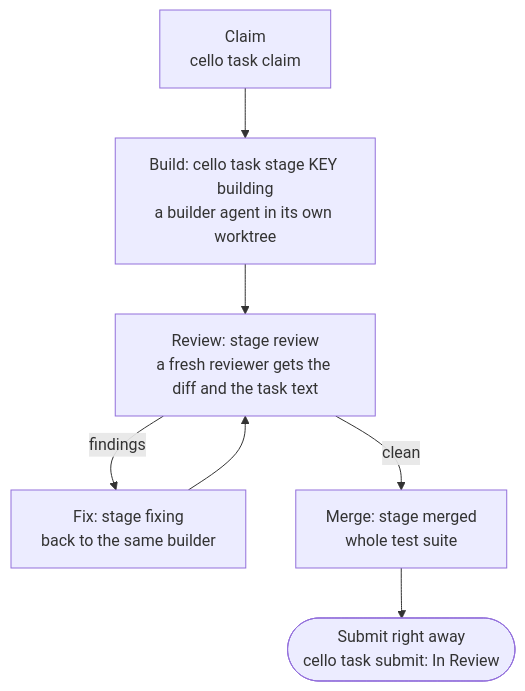
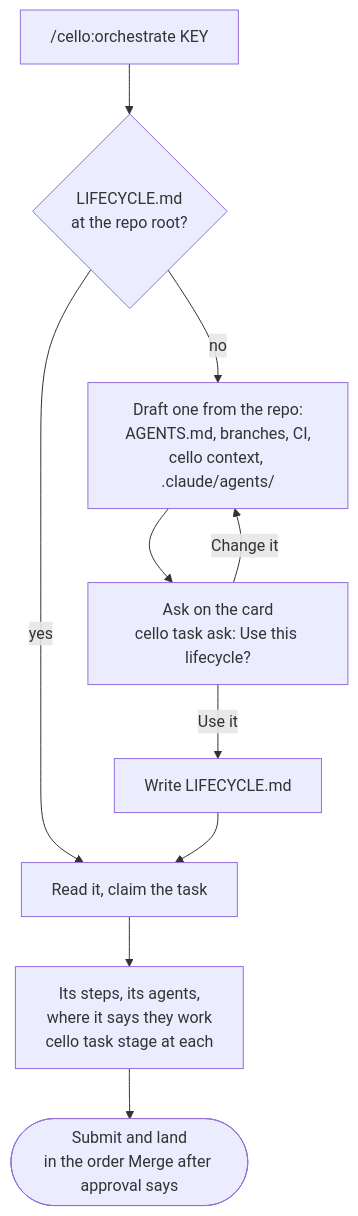
Before and after one commit to lnmunhoz/cello: the second of 2 diagrams in docs/cli.md, drawn with Mermaid. The commit also changed other lines of this file and 22 other files, not shown here.

First line of the commit message:
feat(plugin): /cello:orchestrate follows the project's LIFECYCLE.md, and drafts one with the human when it's missing (CEL-168)

````diff
--- a/docs/cli.md
+++ b/docs/cli.md
@@ -954,9 +966,12 @@
 ```mermaid
 flowchart TD
-    A["Claim<br/>cello task claim"] --> B["Build: cello task stage KEY building<br/>a builder agent in its own worktree"]
-    B --> C["Review: stage review<br/>a fresh reviewer gets the diff and the task text"]
-    C -->|findings| D["Fix: stage fixing<br/>back to the same builder"]
-    D --> C
-    C -->|clean| E["Merge: stage merged<br/>whole test suite"]
-    E --> F(["Submit right away<br/>cello task submit: In Review"])
+    A["/cello:orchestrate KEY"] --> B{"LIFECYCLE.md<br/>at the repo root?"}
+    B -->|yes| R["Read it, claim the task"]
+    B -->|no| D["Draft one from the repo:<br/>AGENTS.md, branches, CI,<br/>cello context, .claude/agents/"]
+    D --> Q["Ask on the card<br/>cello task ask: Use this lifecycle?"]
+    Q -->|Change it| D
+    Q -->|Use it| W["Write LIFECYCLE.md"]
+    W --> R
+    R --> S["Its steps, its agents,<br/>where it says they work<br/>cello task stage at each"]
+    S --> L(["Submit and land<br/>in the order Merge after approval says"])
 ```
````
